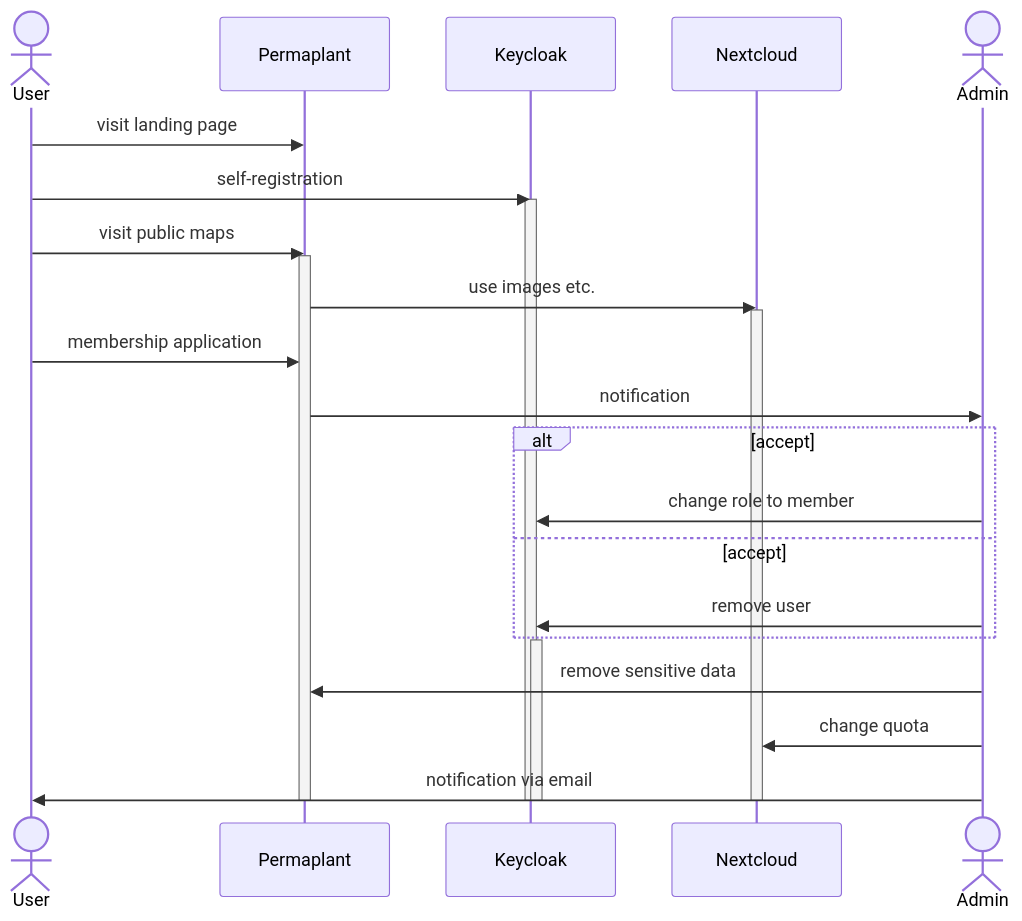
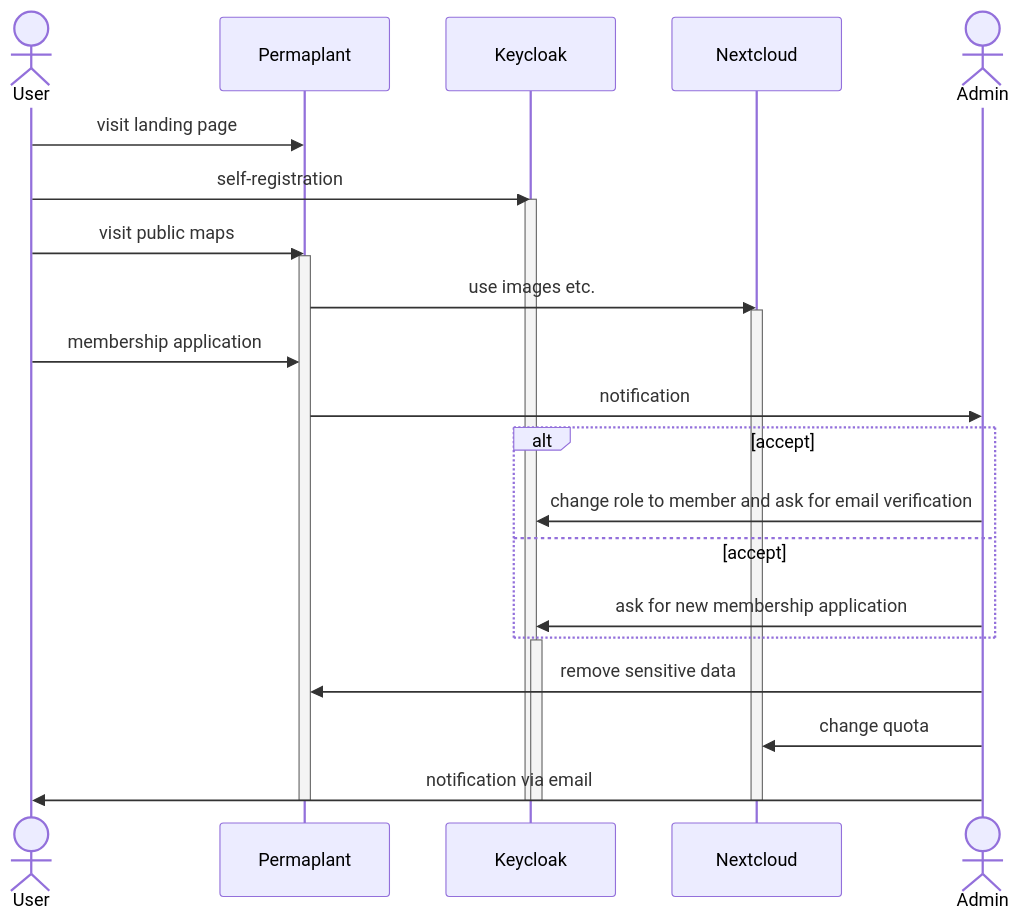
The second of 3 diagrams in doc/architecture/06runtime.md (ElektraInitiative/PermaplanT), drawn with Mermaid before and after one commit. The commit also changed 2 other files, not shown here.

Commit message:
write about privacy

````diff
--- a/doc/architecture/06runtime.md
+++ b/doc/architecture/06runtime.md
@@ -20,35 +20,35 @@
 ```mermaid
 sequenceDiagram
     actor User
 
     User->>Permaplant: visit landing page
 
     User->>Keycloak: self-registration
     activate Keycloak
 
 
     User->>Permaplant: visit public maps
     activate Permaplant
 
     Permaplant->>Nextcloud: use images etc.
     activate Nextcloud
     actor Admin
 
     User->>Permaplant: membership application
     Permaplant->>Admin: notification
 
     alt accept
-        Admin->>Keycloak: change role to member
+        Admin->>Keycloak: change role to member and ask for email verification
     else accept
-        Admin->>Keycloak: remove user
+        Admin->>Keycloak: ask for new membership application
     end
 
     activate Keycloak
     Admin->>Permaplant: remove sensitive data
     Admin->>Nextcloud: change quota
     Admin->>User: notification via email
     deactivate Keycloak
     deactivate Keycloak
     deactivate Permaplant
     deactivate Nextcloud
 ```
````
